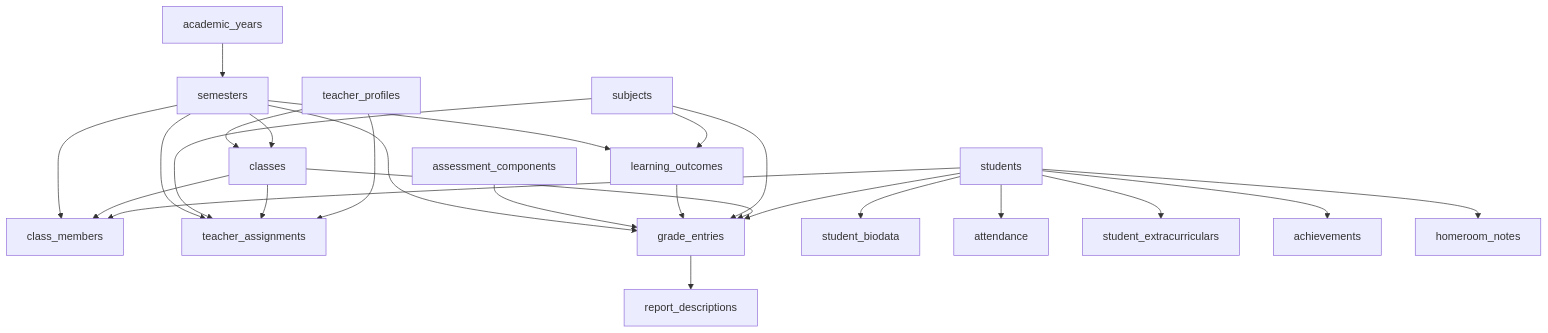
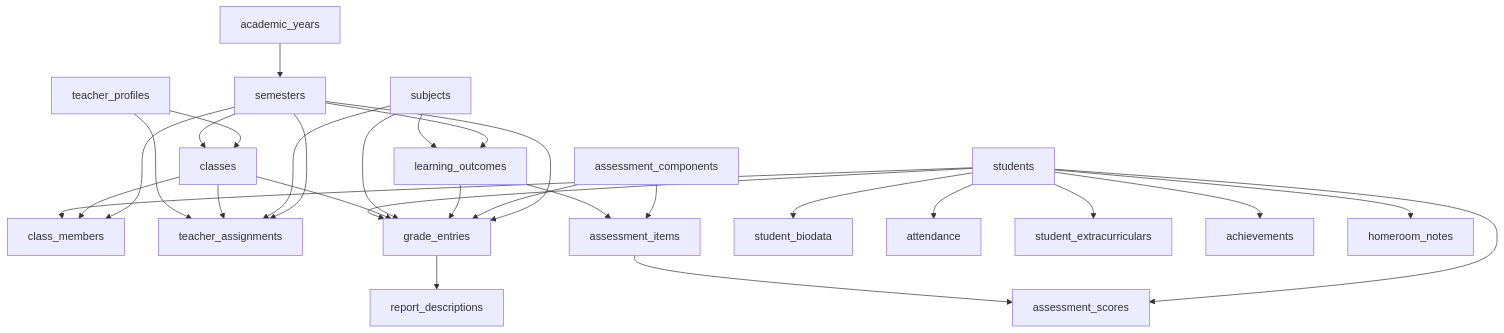
The diagram in docs/database.md (kristantosaputra2-jpg/RAPOR-KU-SD-HABANGOI), drawn with Mermaid before and after one commit. The commit also changed other lines of this file and 20 other files, not shown here.

````diff
--- a/docs/database.md
+++ b/docs/database.md
@@ -110,30 +112,34 @@
 ```mermaid
 flowchart TD
   AY[academic_years] --> S[semesters]
   S --> C[classes]
   T[teacher_profiles] --> C
   ST[students] --> CM[class_members]
   C --> CM
   S --> CM
 
   T --> TA[teacher_assignments]
   C --> TA
   SU[subjects] --> TA
   S --> TA
 
   SU --> LO[learning_outcomes]
   S --> LO
   ST --> GE[grade_entries]
   C --> GE
   SU --> GE
   LO --> GE
   AC[assessment_components] --> GE
   S --> GE
+  LO --> AI[assessment_items]
+  AC --> AI
+  AI --> AS[assessment_scores]
+  ST --> AS
 
   GE --> RD[report_descriptions]
   ST --> SB[student_biodata]
   ST --> AT[attendance]
   ST --> SE[student_extracurriculars]
   ST --> AH[achievements]
   ST --> HN[homeroom_notes]
 ```
````
